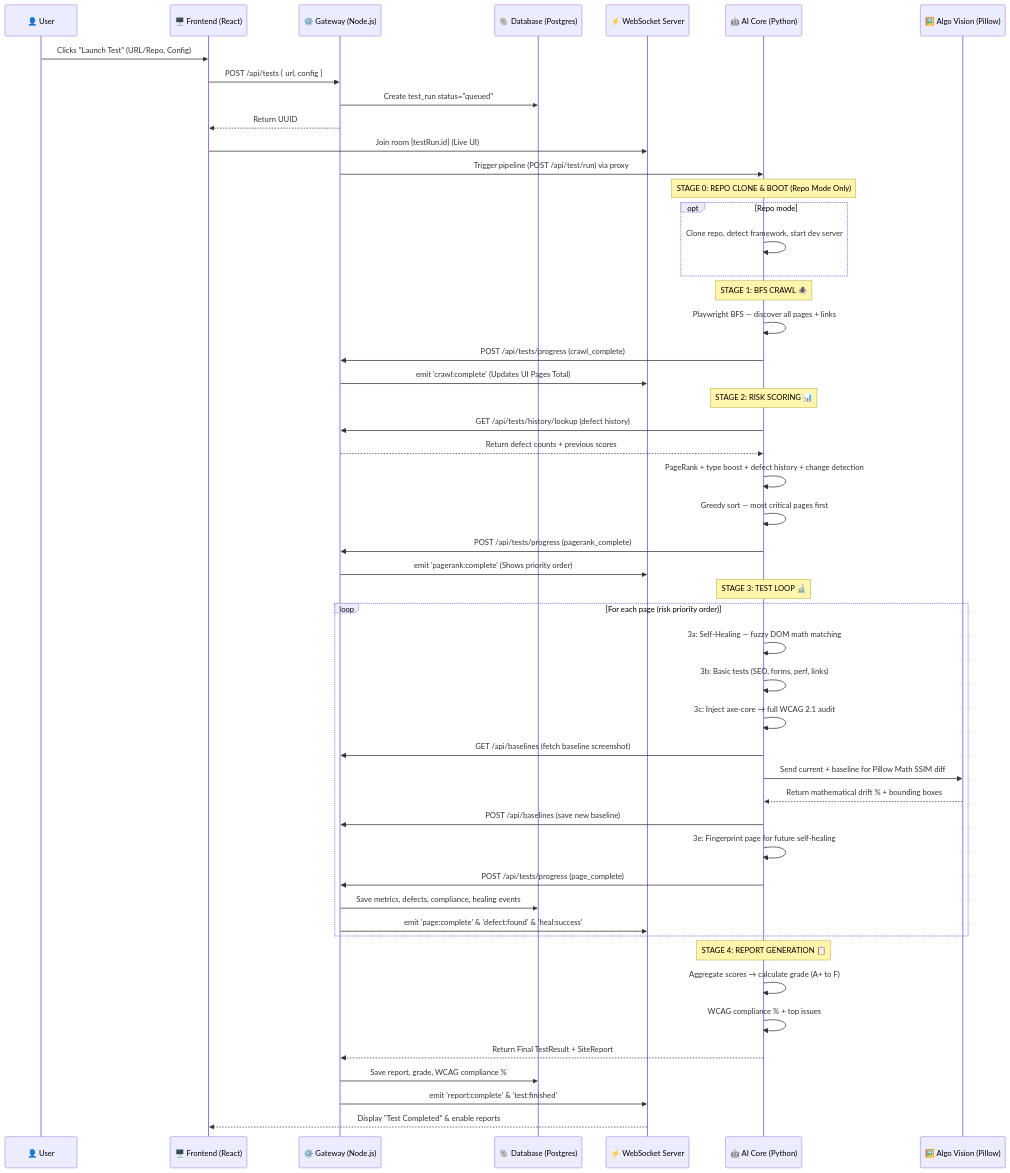
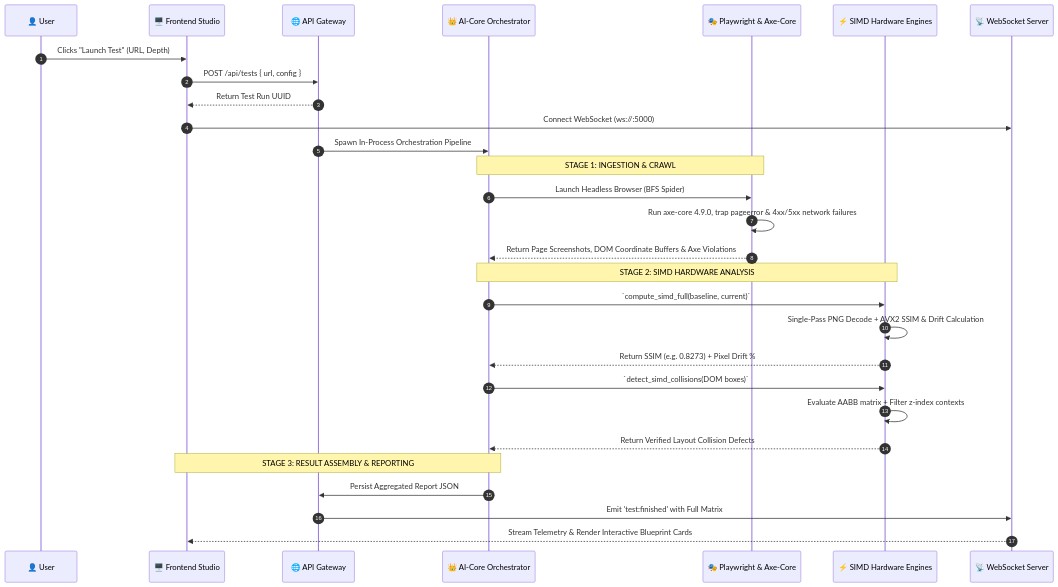
One commit to rohith2157/BUGZERO changed the fourth of 9 diagrams in README.md. Above: the diagram before and after it, drawn with Mermaid. The commit also changed other lines of this file and 13 other files, not shown here.

Commit message:
feat: implement SIMD-accelerated vision and collision engines with NumPy-based vectorization for performance optimization

````diff
--- a/README.md
+++ b/README.md
@@ -242,58 +276,36 @@
 ```mermaid
 sequenceDiagram
+    autonumber
     participant U as 👤 User
-    participant F as 🖥️ Frontend (React)
-    participant G as ⚙️ Gateway (Node.js)
-    participant DB as 🐘 Database (Postgres)
-    participant W as ⚡ WebSocket Server
-    participant A as 🤖 AI Core (Python)
-    participant Vis as 🖼️ Algo Vision (Pillow)
+    participant F as 🖥️ Frontend Studio
+    participant G as 🌐 API Gateway
+    participant O as 👑 AI-Core Orchestrator
+    participant PW as 🎭 Playwright & Axe-Core
+    participant SIMD as ⚡ SIMD Hardware Engines
+    participant WS as 📡 WebSocket Server
 
-    U->>F: Clicks "Launch Test" (URL/Repo, Config)
+    U->>F: Clicks "Launch Test" (URL, Depth)
     F->>G: POST /api/tests { url, config }
-    G->>DB: Create test_run status="queued"
-    G-->>F: Return UUID
-    F->>W: Join room {testRun.id} (Live UI)
-    G->>A: Trigger pipeline (POST /api/test/run) via proxy
-  
-    note over A: STAGE 0: REPO CLONE & BOOT (Repo Mode Only)
-    opt Repo mode
-        A->>A: Clone repo, detect framework, start dev server
-    end
-  
-    note over A: STAGE 1: BFS CRAWL 🕷️
-    A->>A: Playwright BFS — discover all pages + links
-    A->>G: POST /api/tests/progress (crawl_complete)
-    G->>W: emit 'crawl:complete' (Updates UI Pages Total)
-  
-    note over A: STAGE 2: RISK SCORING 📊
-    A->>G: GET /api/tests/history/lookup (defect history)
-    G-->>A: Return defect counts + previous scores
-    A->>A: PageRank + type boost + defect history + change detection
-    A->>A: Greedy sort — most critical pages first
-    A->>G: POST /api/tests/progress (pagerank_complete)
-    G->>W: emit 'pagerank:complete' (Shows priority order)
-  
-    note over A: STAGE 3: TEST LOOP 🔬
-    loop For each page (risk priority order)
-        A->>A: 3a: Self-Healing — fuzzy DOM math matching
-        A->>A: 3b: Basic tests (SEO, forms, perf, links)
-        A->>A: 3c: Inject axe-core → full WCAG 2.1 audit
-        A->>G: GET /api/baselines (fetch baseline screenshot)
-        A->>Vis: Send current + baseline for Pillow Math SSIM diff
-        Vis-->>A: Return mathematical drift % + bounding boxes
-        A->>G: POST /api/baselines (save new baseline)
-        A->>A: 3e: Fingerprint page for future self-healing
-        A->>G: POST /api/tests/progress (page_complete)
-        G->>DB: Save metrics, defects, compliance, healing events
-        G->>W: emit 'page:complete' & 'defect:found' & 'heal:success'
-    end
-  
-    note over A: STAGE 4: REPORT GENERATION 📋
-    A->>A: Aggregate scores → calculate grade (A+ to F)
-    A->>A: WCAG compliance % + top issues
-    A-->>G: Return Final TestResult + SiteReport
-    G->>DB: Save report, grade, WCAG compliance %
-    G->>W: emit 'report:complete' & 'test:finished'
-    W-->>F: Display "Test Completed" & enable reports
+    G-->>F: Return Test Run UUID
+    F->>WS: Connect WebSocket (ws://:5000)
+    G->>O: Spawn In-Process Orchestration Pipeline
+
+    note over O,PW: STAGE 1: INGESTION & CRAWL
+    O->>PW: Launch Headless Browser (BFS Spider)
+    PW->>PW: Run axe-core 4.9.0, trap pageerror & 4xx/5xx network failures
+    PW-->>O: Return Page Screenshots, DOM Coordinate Buffers & Axe Violations
+
+    note over O,SIMD: STAGE 2: SIMD HARDWARE ANALYSIS
+    O->>SIMD: `compute_simd_full(baseline, current)`
+    SIMD->>SIMD: Single-Pass PNG Decode + AVX2 SSIM & Drift Calculation
+    SIMD-->>O: Return SSIM (e.g. 0.8273) + Pixel Drift %
+    
+    O->>SIMD: `detect_simd_collisions(DOM boxes)`
+    SIMD->>SIMD: Evaluate AABB matrix + Filter z-index contexts
+    SIMD-->>O: Return Verified Layout Collision Defects
+
+    note over O,F: STAGE 3: RESULT ASSEMBLY & REPORTING
+    O->>G: Persist Aggregated Report JSON
+    G->>WS: Emit 'test:finished' with Full Matrix
+    WS-->>F: Stream Telemetry & Render Interactive Blueprint Cards
 ```
````
